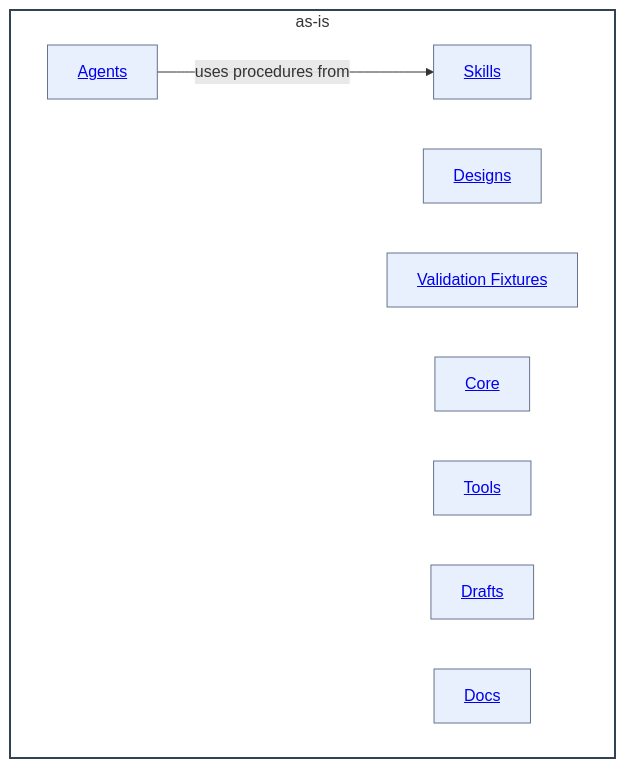
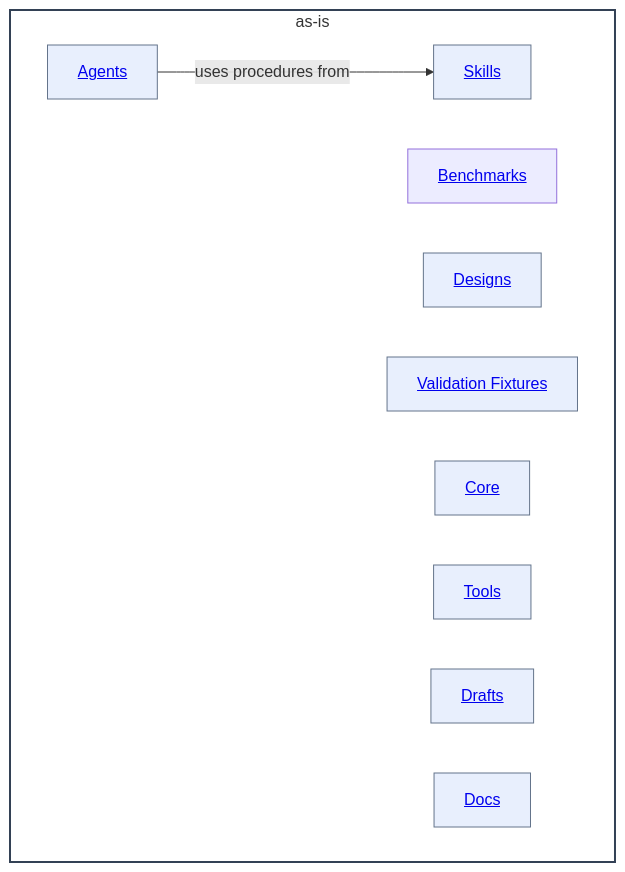
The diagram in as-is.md (abstract-business-systems/as-is), drawn with Mermaid before and after one commit. The commit also changed other lines of this file and 103 other files, not shown here.

````diff
--- a/as-is.md
+++ b/as-is.md
@@ -41,20 +42,21 @@
 ```mermaid
 %%{init: {"securityLevel": "loose"}}%%
 flowchart LR
     subgraph Root["as-is"]
         direction LR
         Agents["<a href='./agents/as-is.md#design'>Agents</a>"]
+        Benchmarks["<a href='./benchmarks/as-is.md#design'>Benchmarks</a>"]
         Designs["<a href='./designs/as-is.md#design'>Designs</a>"]
         Skills["<a href='./skills/as-is.md#design'>Skills</a>"]
         Fixtures["<a href='./validation-fixtures/as-is.md#design'>Validation Fixtures</a>"]
         Core["<a href='./core/as-is.md#design'>Core</a>"]
         Tools["<a href='./tools/as-is.md#design'>Tools</a>"]
         Drafts["<a href='./drafts/as-is.md#design'>Drafts</a>"]
         Docs["<a href='./docs/as-is.md#design'>Docs</a>"]
         Agents -->|uses procedures from| Skills
     end
     classDef component fill:#f8fafc,fill-opacity:0.1,stroke:#334155,stroke-width:2px
     classDef child fill:#2563eb,fill-opacity:0.1,stroke:#64748b,stroke-width:1px
     class Root component
     class Agents,Designs,Skills,Fixtures,Core,Tools,Drafts,Docs child
 ```
````
